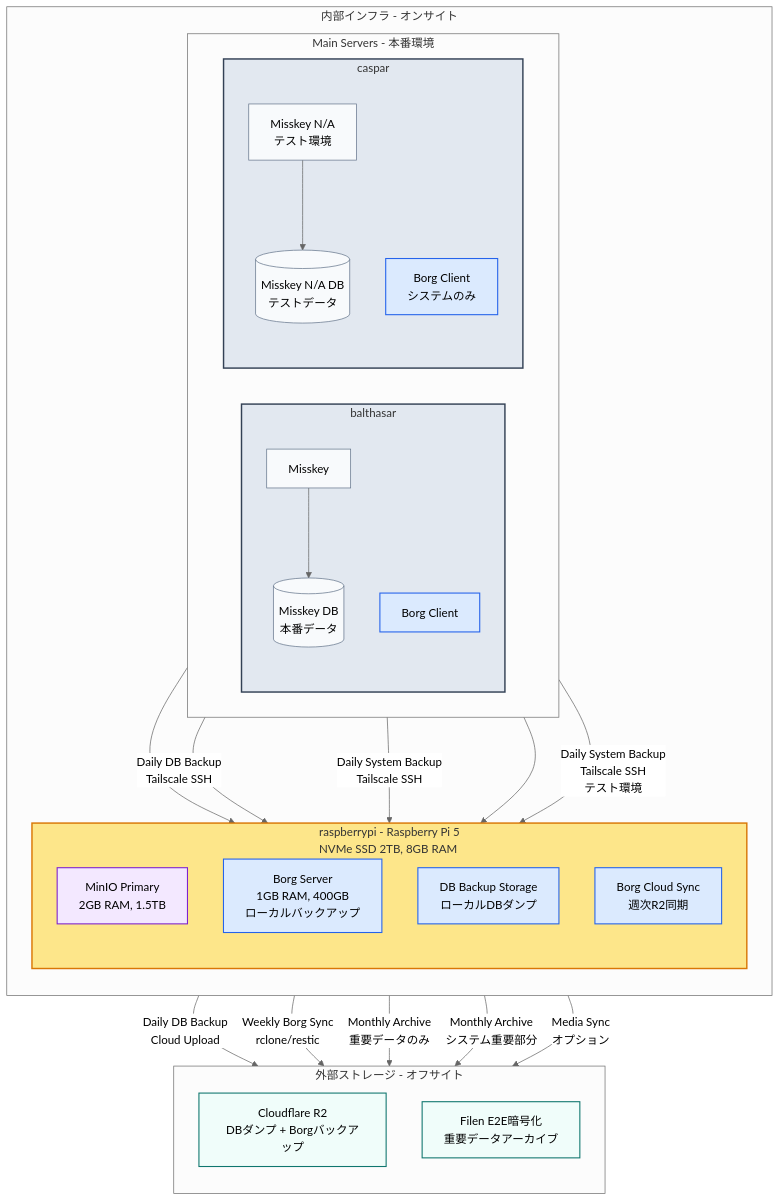
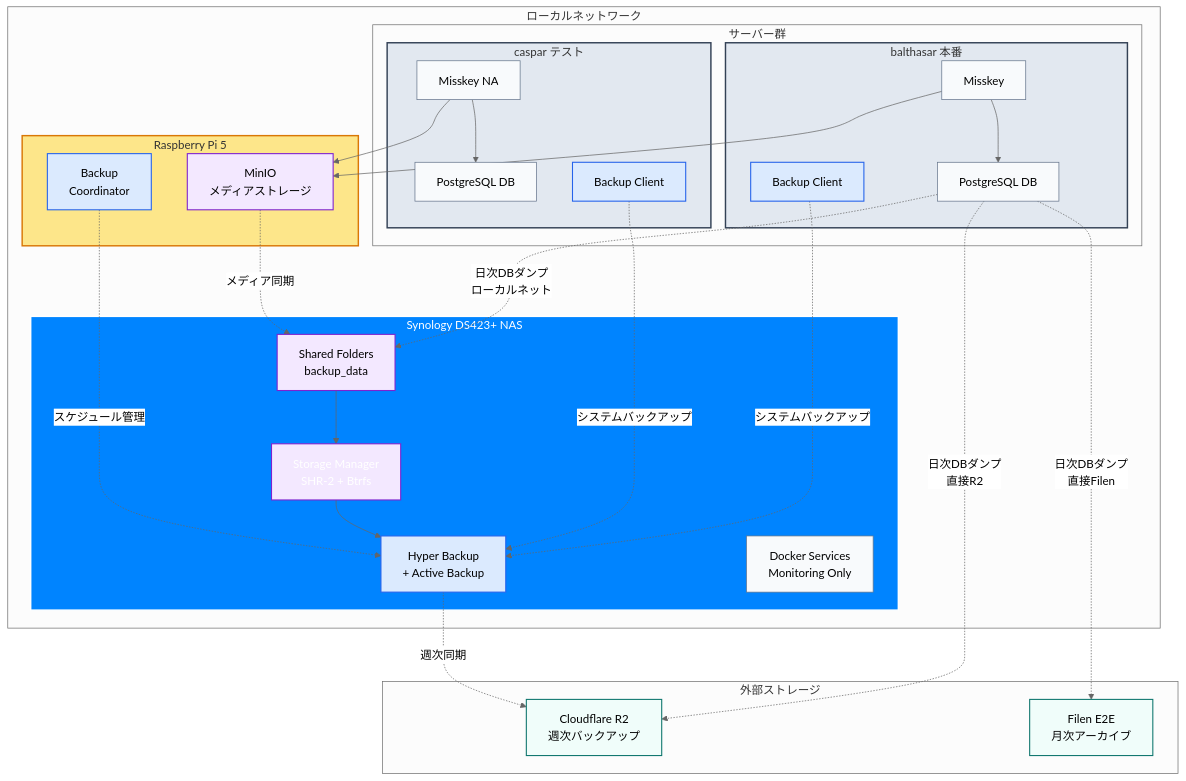
One commit to yamisskey-dev/hosted-list changed the third of 4 diagrams in README.md. Above: the diagram before and after it, drawn with Mermaid (neutral theme).

````diff
--- a/README.md
+++ b/README.md
@@ -217,86 +217,85 @@
 ```mermaid
 graph TB
-%% Style definitions
-classDef homeServer fill:#e2e8f0,stroke:#334155,stroke-width:2px
-classDef service fill:#f8fafc,stroke:#64748b,stroke-width:1px
-classDef backup fill:#dbeafe,stroke:#2563eb,stroke-width:1.5px
-classDef storage fill:#f3e8ff,stroke:#7e22ce,stroke-width:1.5px
-classDef rpi fill:#fde68a,stroke:#d97706,stroke-width:2px
-classDef cloud fill:#f0fdfa,stroke:#0f766e,stroke-width:1.5px
+    %% Style definitions
+    classDef server fill:#e2e8f0,stroke:#334155,stroke-width:2px
+    classDef service fill:#f8fafc,stroke:#64748b,stroke-width:1px
+    classDef backup fill:#dbeafe,stroke:#2563eb,stroke-width:1.5px
+    classDef storage fill:#f3e8ff,stroke:#7e22ce,stroke-width:1.5px
+    classDef synology fill:#0084ff,stroke:#ffffff,stroke-width:2px,color:#ffffff
+    classDef rpi fill:#fde68a,stroke:#d97706,stroke-width:2px
+    classDef cloud fill:#f0fdfa,stroke:#0f766e,stroke-width:1.5px
 
-%% External storage services
-subgraph external[外部ストレージ - オフサイト]
-   direction TB
-   r2[Cloudflare R2<br/>DBダンプ + Borgバックアップ]:::cloud
-   filen[Filen E2E暗号化<br/>重要データアーカイブ]:::cloud
-end
+    %% External storage
+    subgraph external["外部ストレージ"]
+        r2["Cloudflare R2<br/>週次バックアップ"]:::cloud
+        filen["Filen E2E<br/>月次アーカイブ"]:::cloud
+    end
 
-%% Support Infrastructure 
-subgraph internal[内部インフラ - オンサイト]
-   direction TB
-   
-   %% Raspberry Pi with MinIO and Backup
-   subgraph raspi[raspberrypi - Raspberry Pi 5<br/>NVMe SSD 2TB, 8GB RAM]
-       direction TB
-       minio_main[MinIO Primary<br/>2GB RAM, 1.5TB]:::storage
-       borg_server[Borg Server<br/>1GB RAM, 400GB<br/>ローカルバックアップ]:::backup
-       db_backup_local[DB Backup Storage<br/>ローカルDBダンプ]:::backup
-       borg_sync[Borg Cloud Sync<br/>週次R2同期]:::backup
-   end
-   
-   %% Main servers with backup clients
-   subgraph main_servers[Main Servers - 本番環境]
-       direction LR
-       
-       subgraph balthasar[balthasar]
-           direction TB
-           yamisskey[Misskey]:::service
-           yamisskey_db[(Misskey DB<br/>本番データ)]:::service
-           borg_client_b[Borg Client]:::backup
-       end
-       
-       subgraph caspar[caspar]
-           direction TB
-           nayamisskey[Misskey N/A<br/>テスト環境]:::service
-           nayamisskey_db[(Misskey N/A DB<br/>テストデータ)]:::service
-           borg_client_c[Borg Client<br/>システムのみ]:::backup
-       end
-   end
-end
+    %% Internal network
+    subgraph internal["ローカルネットワーク"]
+        
+        %% Synology NAS
+        subgraph nas["Synology DS423+ NAS"]
+            nas_storage["Storage Manager<br/>SHR-2 + Btrfs"]:::synology
+            nas_backup["Hyper Backup<br/>+ Active Backup"]:::backup
+            nas_docker["Docker Services<br/>Monitoring Only"]:::service
+            shared_folders["Shared Folders<br/>backup_data"]:::storage
+        end
+        
+        %% Raspberry Pi
+        subgraph rpi["Raspberry Pi 5"]
+            minio["MinIO<br/>メディアストレージ"]:::storage
+            coordinator["Backup<br/>Coordinator"]:::backup
+        end
+        
+        %% Main servers
+        subgraph servers["サーバー群"]
+            subgraph balthasar["balthasar 本番"]
+                misskey1["Misskey"]:::service
+                db1["PostgreSQL DB"]:::service
+                backup1["Backup Client"]:::backup
+            end
+            
+            subgraph caspar["caspar テスト"]
+                misskey2["Misskey NA"]:::service
+                db2["PostgreSQL DB"]:::service
+                backup2["Backup Client"]:::backup
+            end
+        end
+    end
 
-%% Internal service connections
-yamisskey --> yamisskey_db
-yamisskey --> minio_main
-nayamisskey --> nayamisskey_db
-nayamisskey --> minio_main
+    %% Service connections
+    misskey1 --> db1
+    misskey2 --> db2
+    misskey1 --> minio
+    misskey2 --> minio
 
-%% 3-2-1 Database Backup Strategy (本番のみ)
-%% Copy 1: Daily DB dumps to Raspberry Pi (different media - local SSD)
-yamisskey_db -- "Daily DB Backup<br/>Tailscale SSH" --> db_backup_local
+    %% DB Backup flows - 絶対死守
+    db1 -.->|"日次DBダンプ<br/>ローカルネット"| shared_folders
+    db1 -.->|"日次DBダンプ<br/>直接R2"| r2
+    db1 -.->|"日次DBダンプ<br/>直接Filen"| filen
+    
+    %% System backup flows
+    backup1 -.->|"システムバックアップ"| nas_backup
+    backup2 -.->|"システムバックアップ"| nas_backup
+    minio -.->|"メディア同期"| shared_folders
+    
+    %% NAS internal flows
+    shared_folders --> nas_storage
+    nas_storage --> nas_backup
+    
+    %% Coordination
+    coordinator -.->|"スケジュール管理"| nas_backup
+    
+    %% NAS backup flows (システムのみ)
+    nas_backup -.->|"週次同期"| r2
 
-%% Copy 2: Daily DB dumps to R2 (different media - cloud object storage)
-yamisskey_db -- "Daily DB Backup<br/>Cloud Upload" --> r2
-
-%% 3-2-1 System Backup Strategy (両方のシステム)
-%% Copy 1: Daily Borg backup to Raspberry Pi (local)
-borg_client_b -- "Daily System Backup<br/>Tailscale SSH" --> borg_server
-borg_client_c -- "Daily System Backup<br/>Tailscale SSH<br/>テスト環境" --> borg_server
-
-%% Copy 2: Weekly Borg sync to R2 (offsite)
-borg_sync -- "Weekly Borg Sync<br/>rclone/restic" --> r2
-
-%% Archive backup to Filen (monthly, encrypted)
-db_backup_local -- "Monthly Archive<br/>重要データのみ" --> filen
-borg_server -- "Monthly Archive<br/>システム重要部分" --> filen
-
-%% MinIO media files backup
-minio_main -- "Media Sync<br/>オプション" --> r2
-
-%% Apply styles
-class balthasar,caspar homeServer
-class raspi rpi
-class yamisskey,nayamisskey,yamisskey_db,nayamisskey_db service
-class borg_client_b,borg_client_c,borg_server,db_backup_local,borg_sync backup
-class r2,filen cloud
-class minio_main storage
+    %% Apply styles
+    class balthasar,caspar server
+    class nas synology
+    class rpi rpi
+    class misskey1,misskey2,db1,db2,nas_docker service
+    class nas_backup,coordinator,backup1,backup2 backup
+    class r2,filen cloud
+    class minio,nas_storage,shared_folders storage
 ```
````
